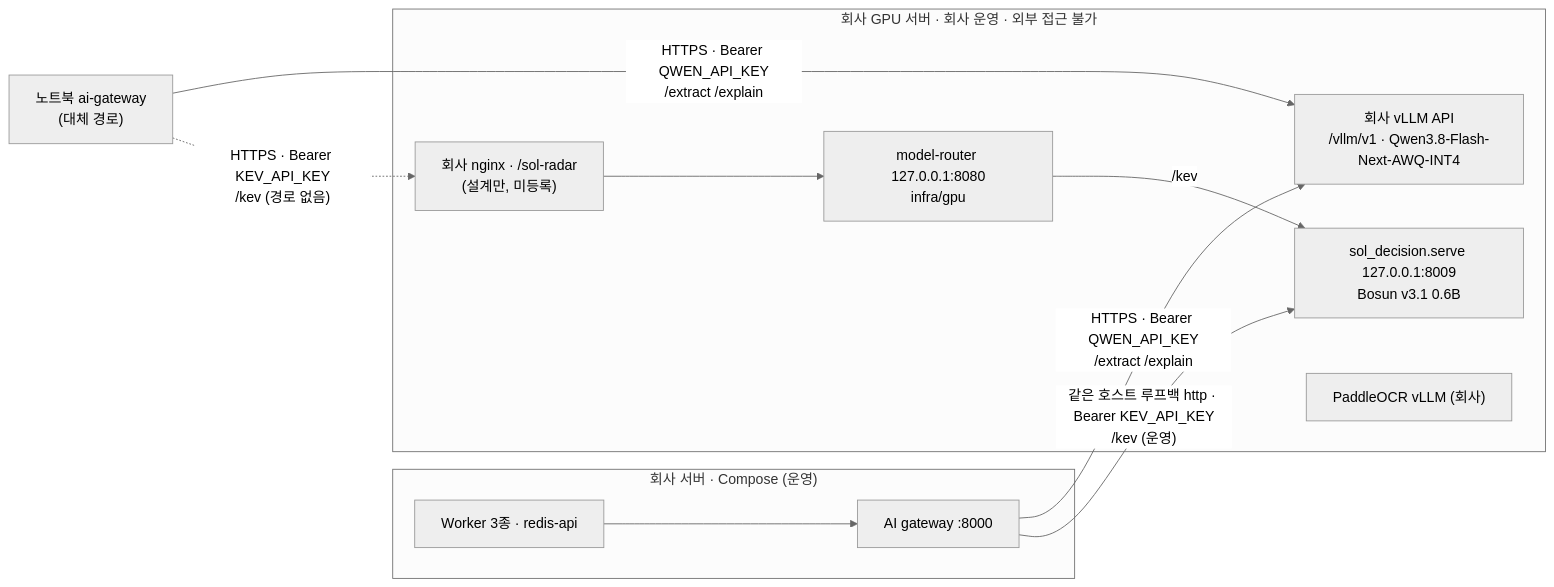
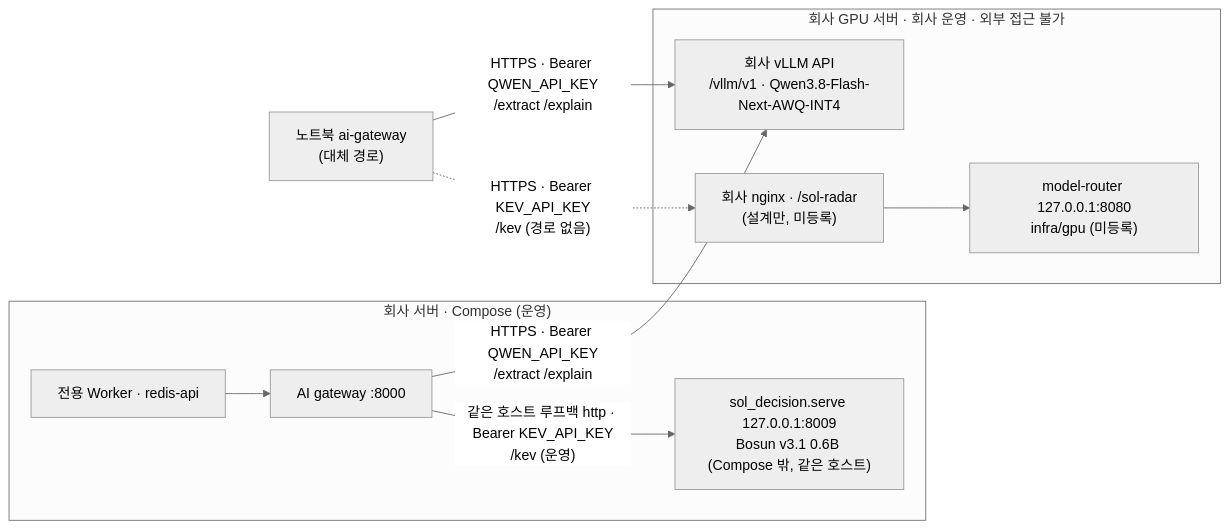
One commit to solideoai/sol-radar changed the diagram in docs/10-DEPLOYMENT.md. Above: the diagram before and after it, drawn with Mermaid (neutral theme). The commit also changed other lines of this file and 7 other files, not shown here.

````diff
--- a/docs/10-DEPLOYMENT.md
+++ b/docs/10-DEPLOYMENT.md
@@ -198,16 +190,15 @@
 ```mermaid
 flowchart LR
  subgraph CO["회사 서버 · Compose (운영)"]
-  W["Worker 3종 · redis-api"] --> G["AI gateway :8000"]
+  W["전용 Worker · redis-api"] --> G["AI gateway :8000"]
+  K["sol_decision.serve 127.0.0.1:8009<br/>Bosun v3.1 0.6B (Compose 밖, 같은 호스트)"]
  end
  LG["노트북 ai-gateway<br/>(대체 경로)"]
  subgraph GPU["회사 GPU 서버 · 회사 운영 · 외부 접근 불가"]
   V["회사 vLLM API<br/>/vllm/v1 · Qwen3.8-Flash-Next-AWQ-INT4"]
-  EP["회사 nginx · /sol-radar<br/>(설계만, 미등록)"] --> RT["model-router 127.0.0.1:8080<br/>infra/gpu"]
-  RT -- "/kev" --> K["sol_decision.serve 127.0.0.1:8009<br/>Bosun v3.1 0.6B"]
-  P["PaddleOCR vLLM (회사)"]
+  EP["회사 nginx · /sol-radar<br/>(설계만, 미등록)"] --> RT["model-router 127.0.0.1:8080<br/>infra/gpu (미등록)"]
  end
  G & LG -- "HTTPS · Bearer QWEN_API_KEY<br/>/extract /explain" --> V
  G -- "같은 호스트 루프백 http · Bearer KEV_API_KEY<br/>/kev (운영)" --> K
  LG -.->|"HTTPS · Bearer KEV_API_KEY<br/>/kev (경로 없음)"| EP
 ```
````
